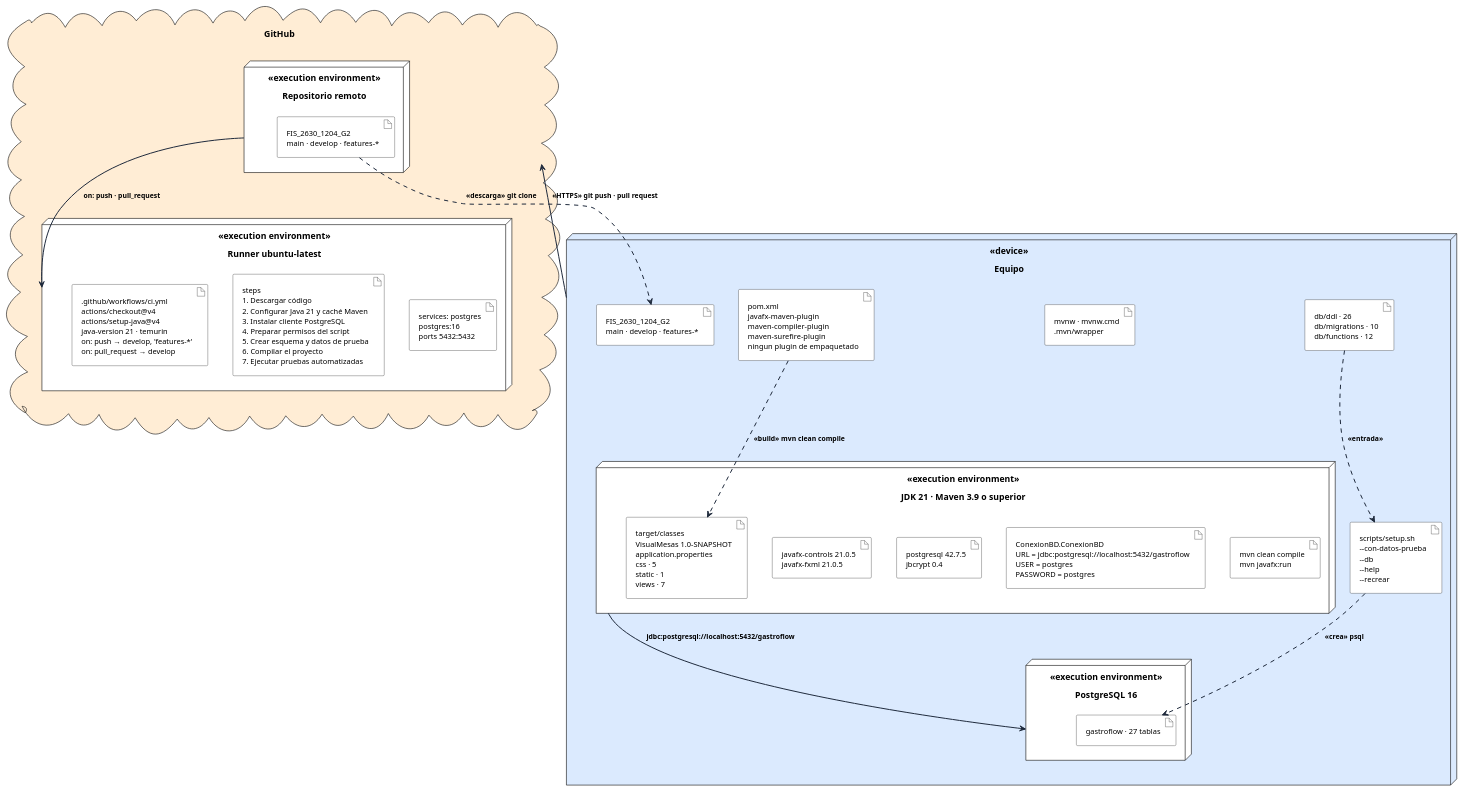
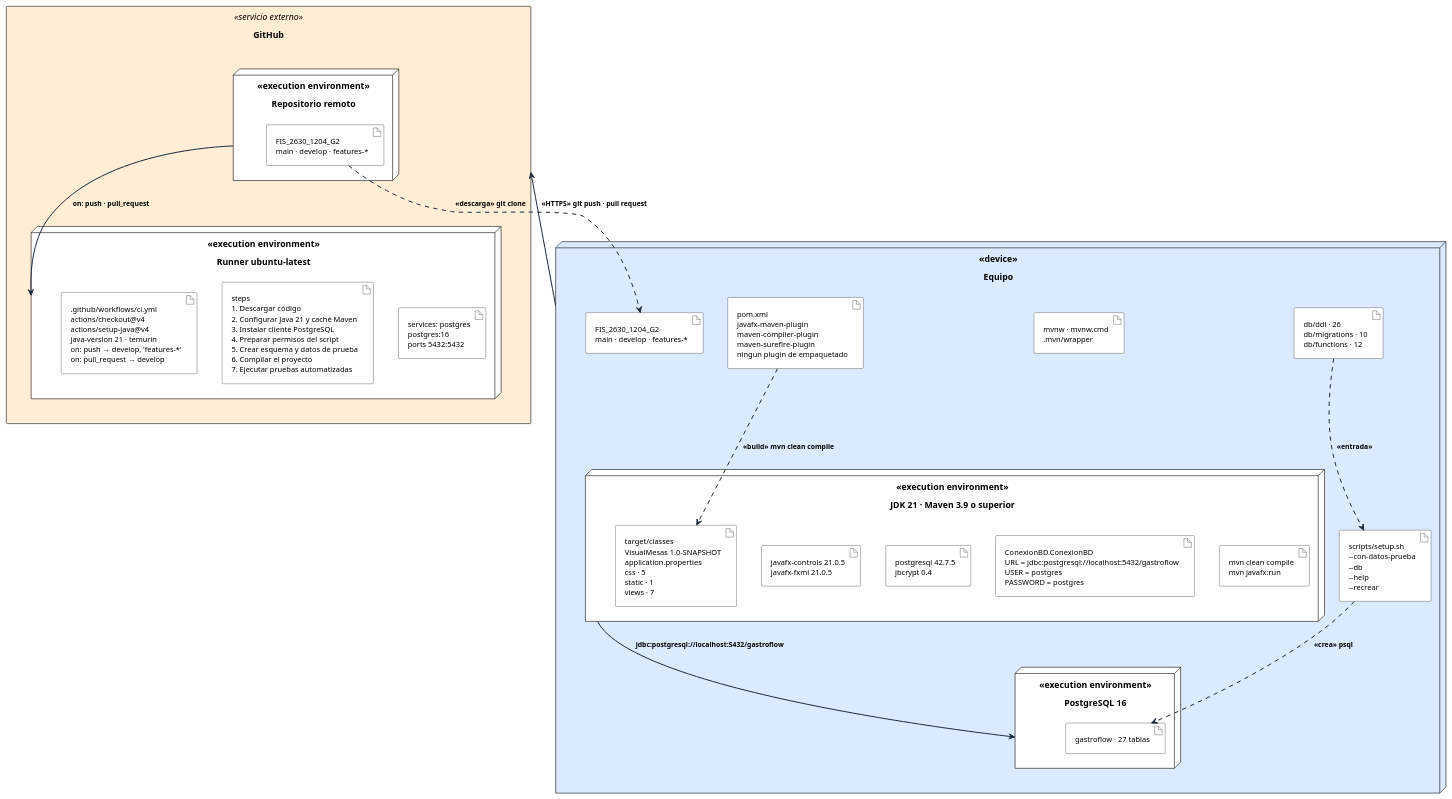
The diagram in docs/diagramas-fuente/DiagramaDespliegue_Entorno.puml (puj-course/FIS_2630_1204_G2), drawn with PlantUML before and after one commit. The commit also changed 5 other files, not shown here.

First line of the commit message:
docs: GitHub como caja de servicio externo, no como nube

```diff
--- a/docs/diagramas-fuente/DiagramaDespliegue_Entorno.puml
+++ b/docs/diagramas-fuente/DiagramaDespliegue_Entorno.puml
@@ -1,62 +1,62 @@
 @startuml
 skinparam backgroundColor #FFFFFF
 skinparam shadowing false
 skinparam defaultFontName Helvetica
 skinparam roundCorner 4
 skinparam nodesep 40
 skinparam ranksep 70
 skinparam padding 5
 skinparam ArrowColor #1E293B
 skinparam ArrowThickness 1.6
 skinparam ArrowFontSize 11
 skinparam ArrowFontStyle bold
 skinparam NodeFontSize 14
 skinparam NodeFontStyle bold
 skinparam ArtifactFontSize 12
 skinparam NodeBackgroundColor #FFFFFF
 skinparam ArtifactBackgroundColor #FFFFFF
-cloud "GitHub" as github #FFEDD5 {
+rectangle "GitHub" as github <<servicio externo>> #FFEDD5 {
   node "Repositorio remoto" as repo <<execution environment>> #FFFFFF {
     artifact "FIS_2630_1204_G2\nmain · develop · features-*" as a_repo
   }
   node "Runner ubuntu-latest" as runner <<execution environment>> #FFFFFF {
     artifact ".github/workflows/ci.yml\nactions/checkout@v4\nactions/setup-java@v4\njava-version 21 · temurin\non: push → develop, 'features-*'\non: pull_request → develop" as a_ci
     artifact "steps\n1. Descargar código\n2. Configurar Java 21 y caché Maven\n3. Instalar cliente PostgreSQL\n4. Preparar permisos del script\n5. Crear esquema y datos de prueba\n6. Compilar el proyecto\n7. Ejecutar pruebas automatizadas" as a_pasos
     artifact "services: postgres\npostgres:16\nports 5432:5432" as a_pg_ci
     a_ci -[hidden]right- a_pasos
     a_pasos -[hidden]right- a_pg_ci
   }
   repo -down-> runner : on: push · pull_request
 }
 node "Equipo" as equipo <<device>> #DBEAFE {
   artifact "FIS_2630_1204_G2\nmain · develop · features-*" as a_src
   artifact "pom.xml\njavafx-maven-plugin\nmaven-compiler-plugin\nmaven-surefire-plugin\nningun plugin de empaquetado" as a_pom
   artifact "mvnw · mvnw.cmd\n.mvn/wrapper" as a_mvn
   artifact "db/ddl · 26\ndb/migrations · 10\ndb/functions · 12" as a_ddl
   artifact "scripts/setup.sh\n--con-datos-prueba\n--db\n--help\n--recrear" as a_setup
   node "JDK 21 · Maven 3.9 o superior" as jvm <<execution environment>> #FFFFFF {
     artifact "target/classes\nVisualMesas 1.0-SNAPSHOT\napplication.properties\ncss · 5\nstatic · 1\nviews · 7" as a_jar
     artifact "javafx-controls 21.0.5\njavafx-fxml 21.0.5" as a_fx
     artifact "postgresql 42.7.5\njbcrypt 0.4" as a_libs
     artifact "ConexionBD.ConexionBD\nURL = jdbc:postgresql://localhost:5432/gastroflow\nUSER = postgres\nPASSWORD = postgres" as a_conf
     artifact "mvn clean compile\nmvn javafx:run" as a_cmd
     a_jar -[hidden]right- a_fx
     a_fx -[hidden]right- a_libs
     a_libs -[hidden]right- a_conf
     a_conf -[hidden]right- a_cmd
   }
   node "PostgreSQL 16" as pg <<execution environment>> #FFFFFF {
     artifact "gastroflow · 27 tablas" as a_db
   }
   a_src -[hidden]right- a_pom
   a_pom -[hidden]right- a_mvn
   a_mvn -[hidden]right- a_ddl
   a_ddl -[hidden]right- a_setup
   a_pom ..> a_jar : <<build>> mvn clean compile
   a_ddl ..> a_setup : <<entrada>>
   a_setup ..> a_db : <<crea>> psql
   jvm -down-> pg : jdbc:postgresql://localhost:5432/gastroflow
 }
 a_repo ..> a_src : <<descarga>> git clone
 equipo -up-> github : <<HTTPS>> git push · pull request
 @enduml
```
